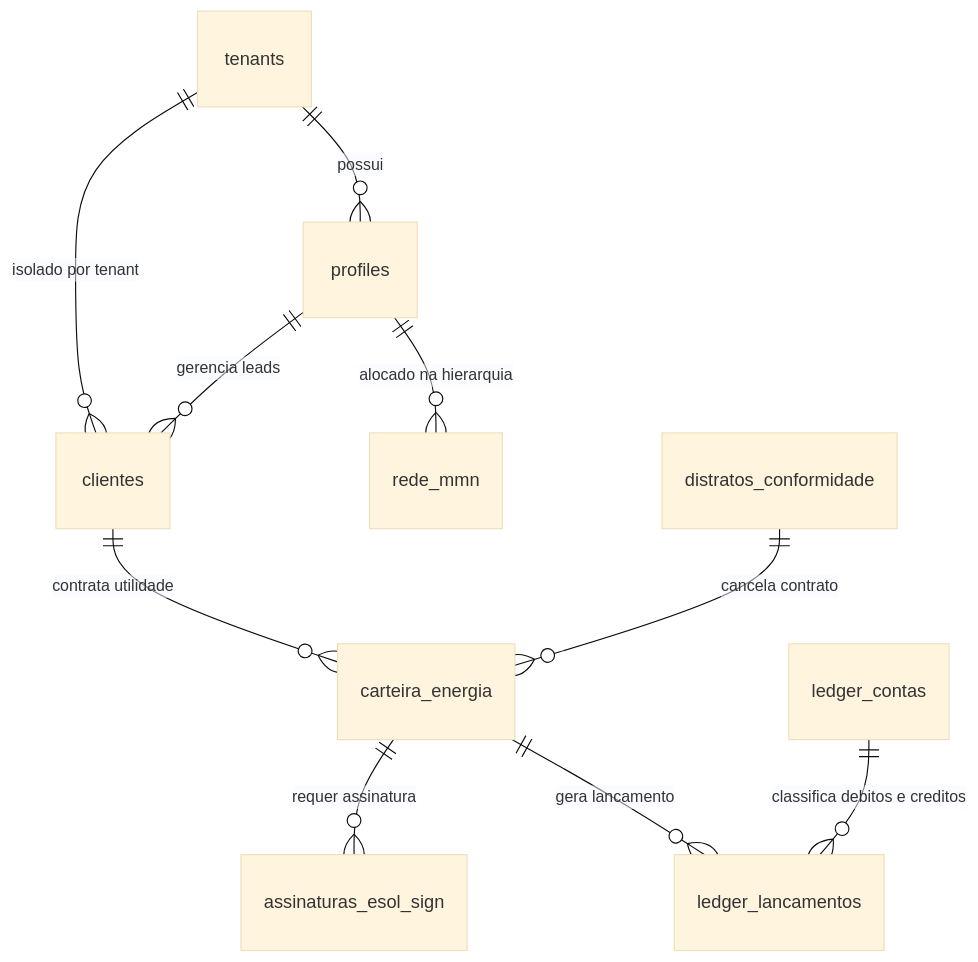
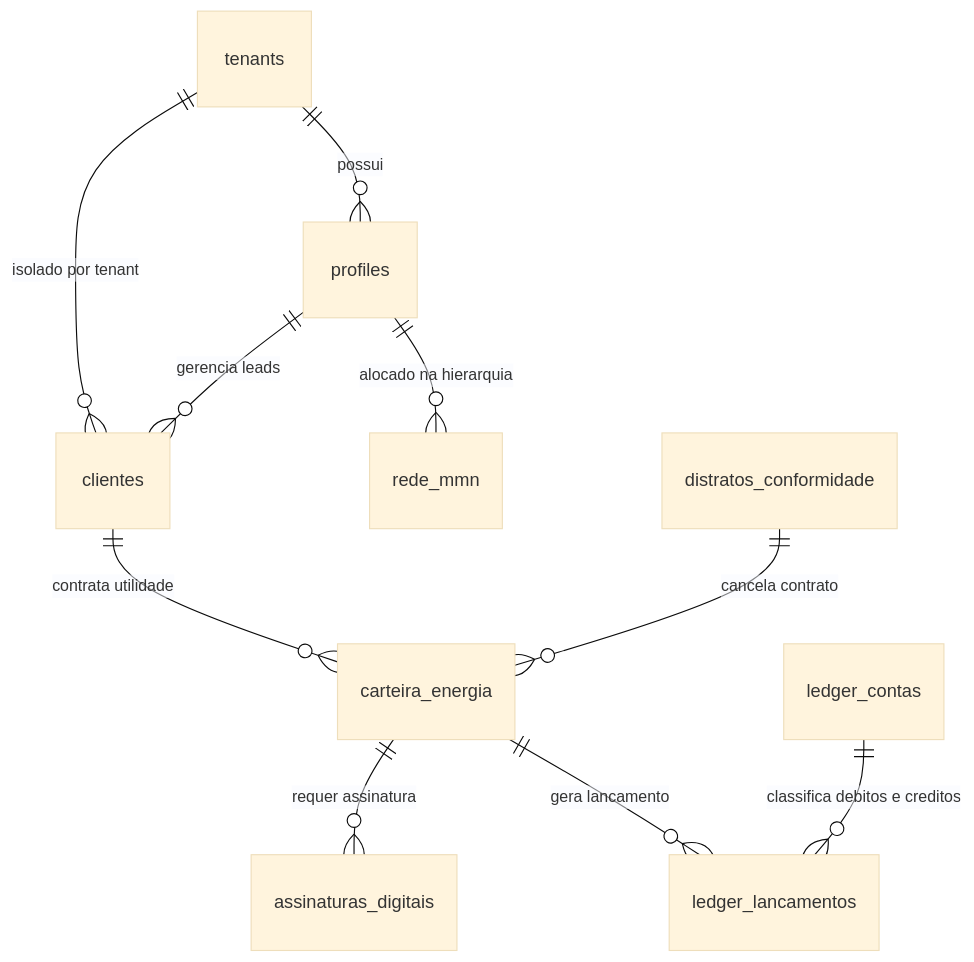
Before and after one commit to weslleysoaresuol-svg/esolenergy: the third of 7 diagrams in docs/mapa_completo_esol_energy.md, drawn with Mermaid (base theme). The commit also changed other lines of this file and 214 other files, not shown here.

Commit message:
chore: archive legacy frontend files and sync v25 database architecture maps

````diff
--- a/docs/mapa_completo_esol_energy.md
+++ b/docs/mapa_completo_esol_energy.md
@@ -1506,12 +1527,12 @@
 ```mermaid
 erDiagram
     tenants ||--o{ profiles : "possui"
     tenants ||--o{ clientes : "isolado por tenant"
     profiles ||--o{ rede_mmn : "alocado na hierarquia"
     profiles ||--o{ clientes : "gerencia leads"
     clientes ||--o{ carteira_energia : "contrata utilidade"
-    carteira_energia ||--o{ assinaturas_esol_sign : "requer assinatura"
+    carteira_energia ||--o{ assinaturas_digitais : "requer assinatura"
     carteira_energia ||--o{ ledger_lancamentos : "gera lancamento"
     ledger_contas ||--o{ ledger_lancamentos : "classifica debitos e creditos"
     distratos_conformidade ||--o{ carteira_energia : "cancela contrato"
 ```
````
